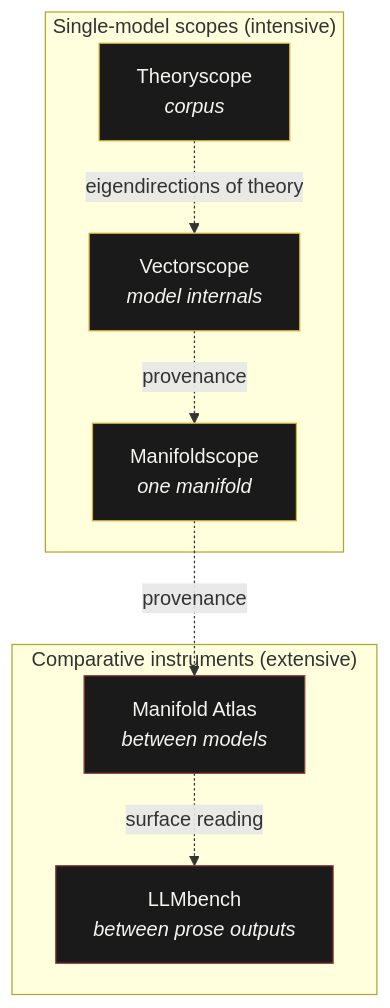
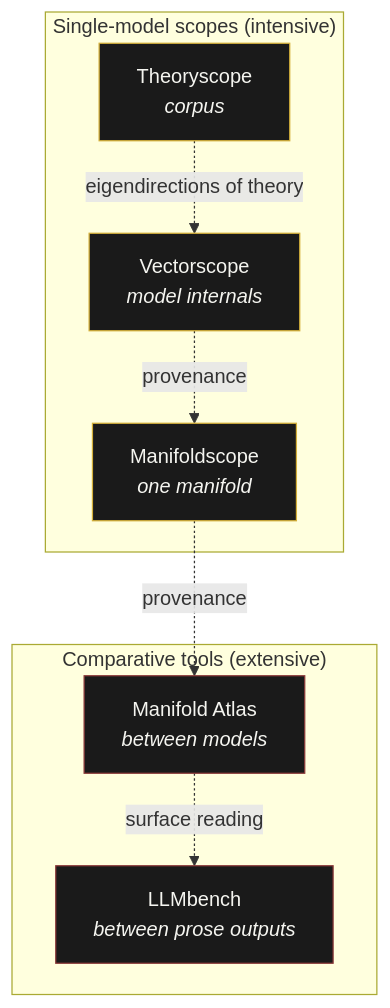
Before and after one commit to vector-lab-tools/.github: the diagram in profile/README.md, drawn with Mermaid. The commit also changed other lines of this file, not shown here.

Commit message:
Rename Comparative instruments to Comparative tools

````diff
--- a/profile/README.md
+++ b/profile/README.md
@@ -46,23 +46,23 @@
 ```mermaid
 graph TB
   subgraph scopes["Single-model scopes (intensive)"]
     T[Theoryscope<br/><i>corpus</i>]
     V[Vectorscope<br/><i>model internals</i>]
     M[Manifoldscope<br/><i>one manifold</i>]
   end
 
-  subgraph comparative["Comparative instruments (extensive)"]
+  subgraph comparative["Comparative tools (extensive)"]
     A[Manifold Atlas<br/><i>between models</i>]
     L[LLMbench<br/><i>between prose outputs</i>]
   end
 
   V -.provenance.-> M
   M -.provenance.-> A
   A -.surface reading.-> L
   T -.eigendirections of theory.-> V
 
   classDef scope fill:#1a1a1a,stroke:#d4af37,color:#f5f5f0,stroke-width:1px;
   classDef comp fill:#1a1a1a,stroke:#8b3a3a,color:#f5f5f0,stroke-width:1px;
   class T,V,M scope;
   class A,L comp;
 ```
````
